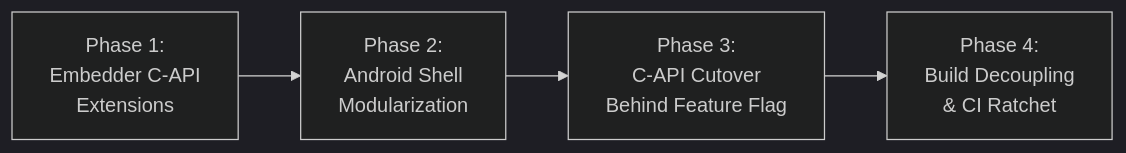
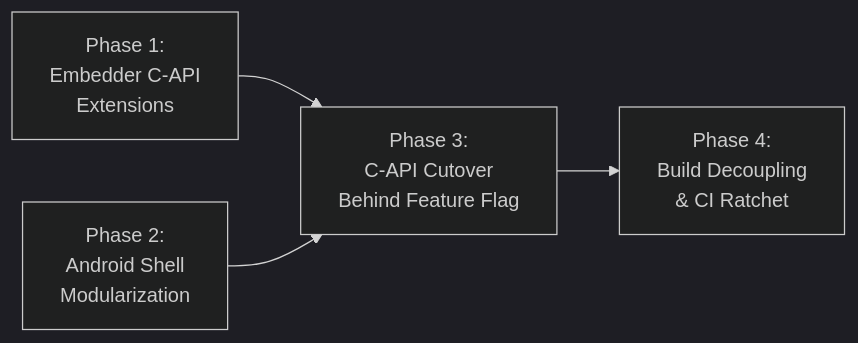
One commit to flutter/rfc changed the ninth of 12 diagrams in rfc/410.0000-flutter-android-embedder-c-api-migration.md. Above: the diagram before and after it, drawn with Mermaid (dark theme). The commit also changed other lines of this file, not shown here.

````diff
--- a/rfc/410.0000-flutter-android-embedder-c-api-migration.md
+++ b/rfc/410.0000-flutter-android-embedder-c-api-migration.md
@@ -1875,11 +1937,11 @@
 ```mermaid
 flowchart LR
     Phase1["Phase 1:<br/>Embedder C-API<br/>Extensions"]
     Phase2["Phase 2:<br/>Android Shell<br/>Modularization"]
     Phase3["Phase 3:<br/>C-API Cutover<br/>Behind Feature Flag"]
     Phase4["Phase 4:<br/>Build Decoupling<br/>& CI Ratchet"]
 
-    Phase1 --> Phase2
+    Phase1 --> Phase3
     Phase2 --> Phase3
     Phase3 --> Phase4
 ```
````
